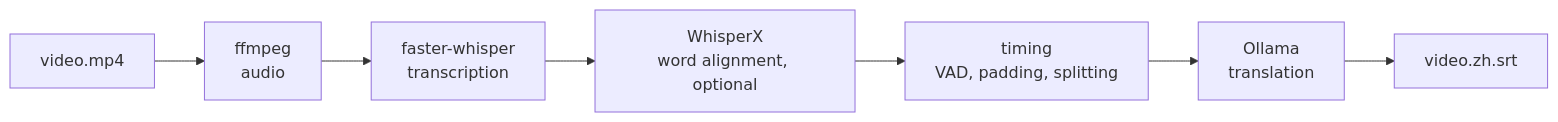
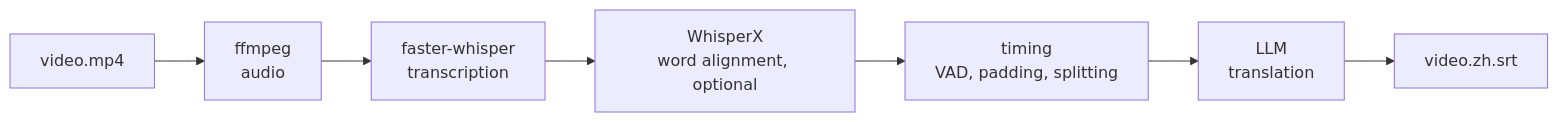
The diagram in README.md (Lynthar/subtitle-forge), drawn with Mermaid before and after one commit. The commit also changed other lines of this file and 22 other files, not shown here.

````diff
--- a/README.md
+++ b/README.md
@@ -15,4 +15,4 @@
 ```mermaid
 flowchart LR
-    V[video.mp4] --> F[ffmpeg<br>audio] --> W[faster-whisper<br>transcription] --> X[WhisperX<br>word alignment, optional] --> T[timing<br>VAD, padding, splitting] --> O[Ollama<br>translation] --> S[video.zh.srt]
+    V[video.mp4] --> F[ffmpeg<br>audio] --> W[faster-whisper<br>transcription] --> X[WhisperX<br>word alignment, optional] --> T[timing<br>VAD, padding, splitting] --> O[LLM<br>translation] --> S[video.zh.srt]
 ```
````
